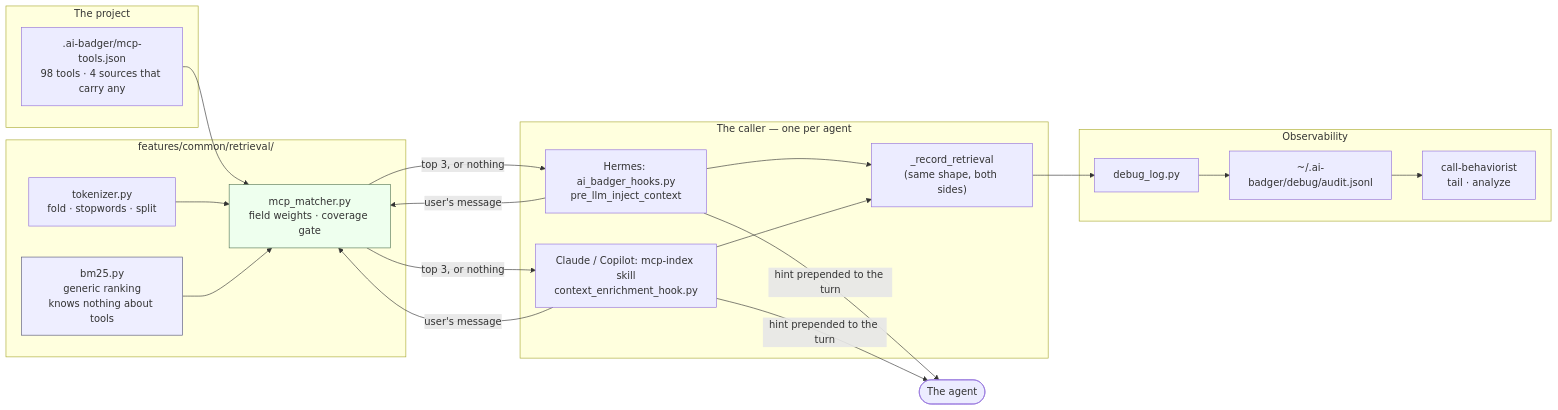
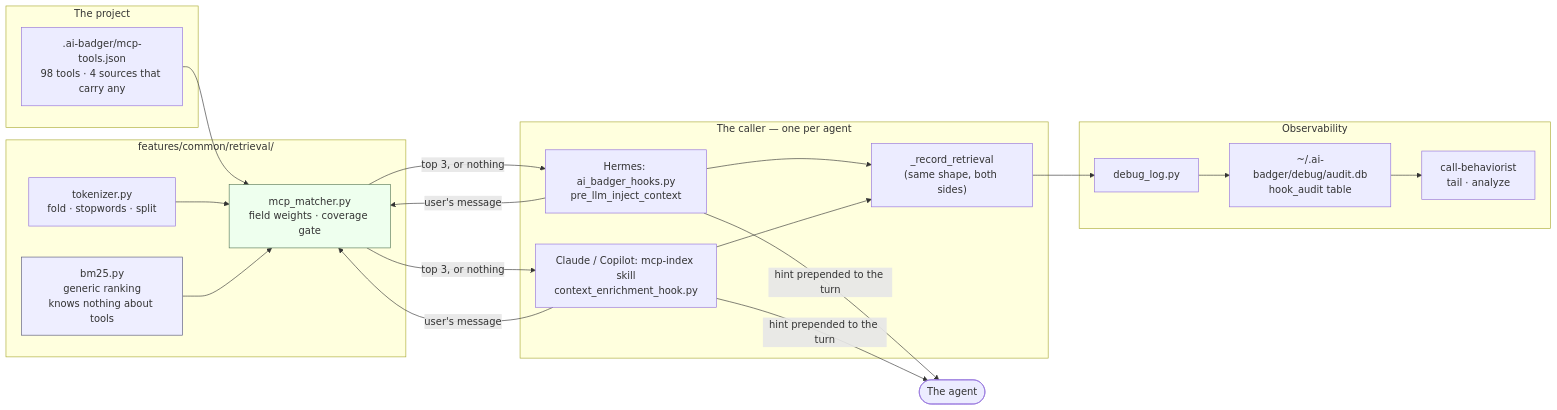
One commit to Arasz/ai-badger changed the first of 3 diagrams in docs/retrieval.md. Above: the diagram before and after it, drawn with Mermaid. The commit also changed 167 other files, not shown here.

````diff
--- a/docs/retrieval.md
+++ b/docs/retrieval.md
@@ -48,39 +48,39 @@
 ```mermaid
 flowchart LR
     subgraph project["The project"]
         idx[".ai-badger/mcp-tools.json<br/>98 tools · 4 sources that carry any"]
     end
 
     subgraph retrieval["features/common/retrieval/"]
         tok["tokenizer.py<br/>fold · stopwords · split"]
         bm["bm25.py<br/>generic ranking<br/>knows nothing about tools"]
         mm["mcp_matcher.py<br/>field weights · coverage gate"]
     end
 
     subgraph hook["The caller — one per agent"]
         enrich["Hermes: ai_badger_hooks.py<br/>pre_llm_inject_context"]
         enrich2["Claude / Copilot: mcp-index skill<br/>context_enrichment_hook.py"]
         rec["_record_retrieval<br/>(same shape, both sides)"]
     end
 
     subgraph obs["Observability"]
         dl["debug_log.py"]
-        audit["~/.ai-badger/debug/audit.jsonl"]
+        audit["~/.ai-badger/debug/audit.db<br/>hook_audit table"]
         beh["call-behaviorist<br/>tail · analyze"]
     end
 
     idx --> mm
     tok --> mm
     bm --> mm
     enrich -- "user's message" --> mm
     enrich2 -- "user's message" --> mm
     mm -- "top 3, or nothing" --> enrich
     mm -- "top 3, or nothing" --> enrich2
     enrich -- "hint prepended to the turn" --> agent(["The agent"])
     enrich2 -- "hint prepended to the turn" --> agent
     enrich --> rec --> dl --> audit --> beh
     enrich2 --> rec
 
     style bm fill:#eef,stroke:#557
     style mm fill:#efe,stroke:#575
 ```
````
